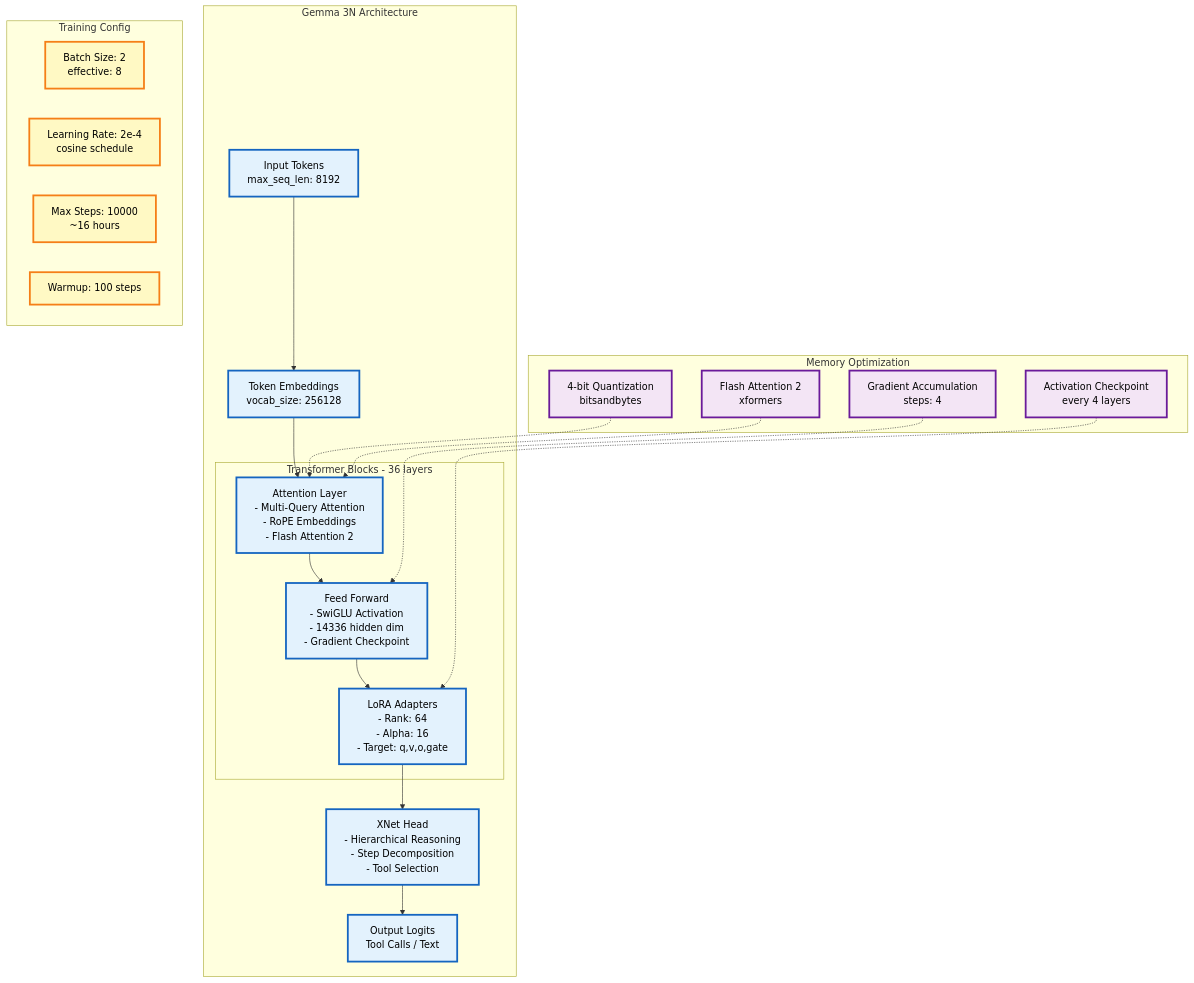
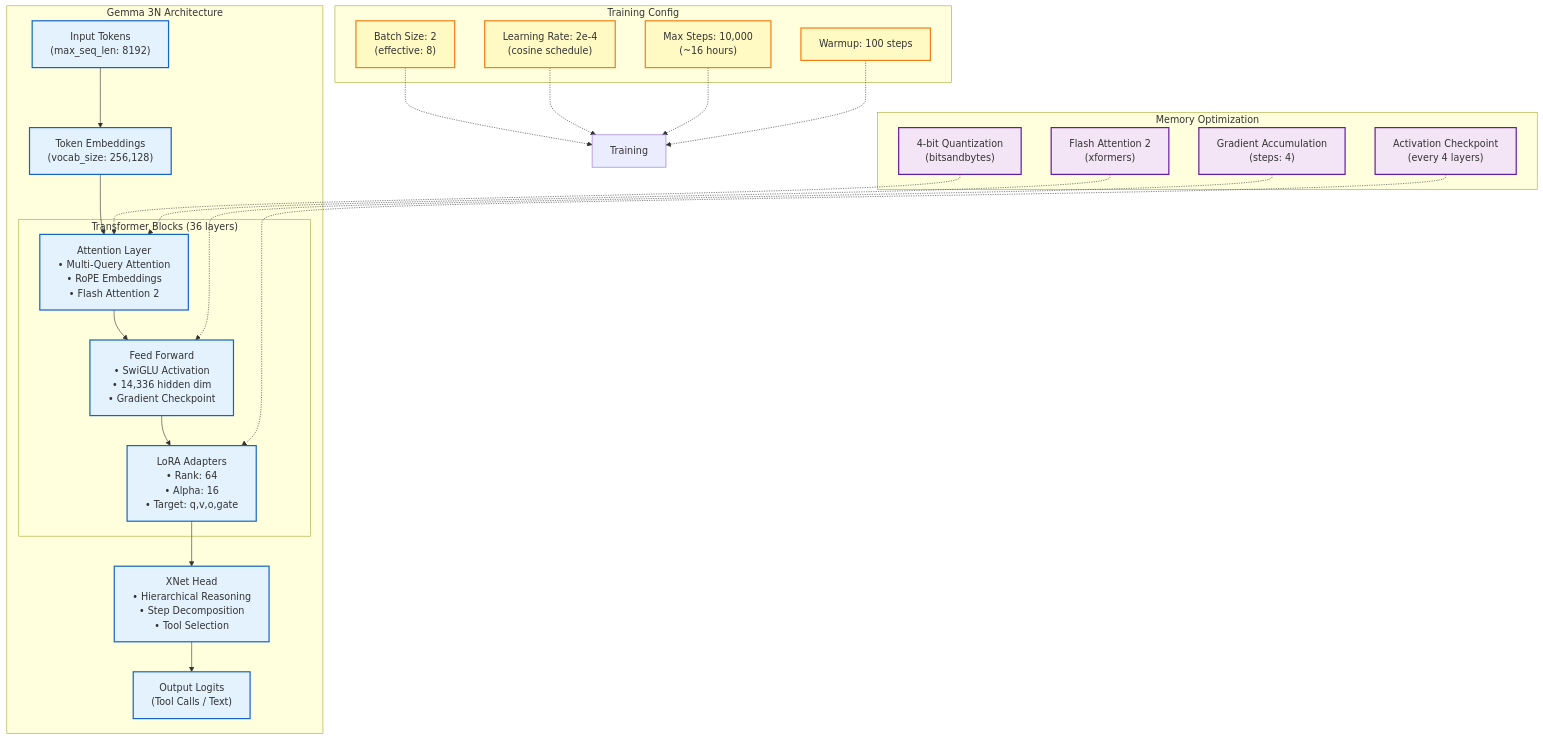
The fifth of 5 diagrams in README.md (genialo555/agent_loop), drawn with Mermaid before and after one commit. The commit also changed other lines of this file and 249 other files, not shown here.

````diff
--- a/README.md
+++ b/README.md
@@ -449,50 +548,55 @@
 ```mermaid
 graph TB
-    subgraph ARCH["Gemma 3N Architecture"]
-        INPUT["Input Tokens<br/>max_seq_len: 8192"]
-        EMB["Token Embeddings<br/>vocab_size: 256128"]
+    subgraph "Gemma 3N Architecture"
+        INPUT["Input Tokens<br/>(max_seq_len: 8192)"]
+        EMB["Token Embeddings<br/>(vocab_size: 256,128)"]
         
-        subgraph TRANSFORMER["Transformer Blocks - 36 layers"]
-            ATT["Attention Layer<br/>- Multi-Query Attention<br/>- RoPE Embeddings<br/>- Flash Attention 2"]
-            FFN["Feed Forward<br/>- SwiGLU Activation<br/>- 14336 hidden dim<br/>- Gradient Checkpoint"]
-            LORA["LoRA Adapters<br/>- Rank: 64<br/>- Alpha: 16<br/>- Target: q,v,o,gate"]
+        subgraph "Transformer Blocks (36 layers)"
+            ATT["Attention Layer<br/>• Multi-Query Attention<br/>• RoPE Embeddings<br/>• Flash Attention 2"]
+            FFN["Feed Forward<br/>• SwiGLU Activation<br/>• 14,336 hidden dim<br/>• Gradient Checkpoint"]
+            LORA["LoRA Adapters<br/>• Rank: 64<br/>• Alpha: 16<br/>• Target: q,v,o,gate"]
         end
         
-        XNET["XNet Head<br/>- Hierarchical Reasoning<br/>- Step Decomposition<br/>- Tool Selection"]
-        OUTPUT["Output Logits<br/>Tool Calls / Text"]
+        XNET["XNet Head<br/>• Hierarchical Reasoning<br/>• Step Decomposition<br/>• Tool Selection"]
+        OUTPUT["Output Logits<br/>(Tool Calls / Text)"]
     end
     
-    subgraph OPT["Memory Optimization"]
-        OPT1["4-bit Quantization<br/>bitsandbytes"]
-        OPT2["Gradient Accumulation<br/>steps: 4"]
-        OPT3["Activation Checkpoint<br/>every 4 layers"]
-        OPT4["Flash Attention 2<br/>xformers"]
+    subgraph "Memory Optimization"
+        OPT1["4-bit Quantization<br/>(bitsandbytes)"]
+        OPT2["Gradient Accumulation<br/>(steps: 4)"]
+        OPT3["Activation Checkpoint<br/>(every 4 layers)"]
+        OPT4["Flash Attention 2<br/>(xformers)"]
     end
     
-    subgraph CONFIG["Training Config"]
-        CONF1["Batch Size: 2<br/>effective: 8"]
-        CONF2["Learning Rate: 2e-4<br/>cosine schedule"]
-        CONF3["Max Steps: 10000<br/>~16 hours"]
+    subgraph "Training Config"
+        CONF1["Batch Size: 2<br/>(effective: 8)"]
+        CONF2["Learning Rate: 2e-4<br/>(cosine schedule)"]
+        CONF3["Max Steps: 10,000<br/>(~16 hours)"]
         CONF4["Warmup: 100 steps"]
     end
     
     INPUT --> EMB
     EMB --> ATT
     ATT --> FFN
     FFN --> LORA
     LORA --> XNET
     XNET --> OUTPUT
     
     OPT1 -.-> ATT
     OPT2 -.-> FFN
     OPT3 -.-> LORA
     OPT4 -.-> ATT
     
-    classDef arch fill:#e3f2fd,stroke:#1565c0,stroke-width:3px,color:#000
-    classDef opt fill:#f3e5f5,stroke:#6a1b9a,stroke-width:3px,color:#000
-    classDef conf fill:#fff9c4,stroke:#f57f17,stroke-width:3px,color:#000
+    CONF1 -.-> Training
+    CONF2 -.-> Training
+    CONF3 -.-> Training
+    CONF4 -.-> Training
+    
+    classDef arch fill:#e3f2fd,stroke:#1565c0,stroke-width:2px
+    classDef opt fill:#f3e5f5,stroke:#6a1b9a,stroke-width:2px
+    classDef conf fill:#fff9c4,stroke:#f57f17,stroke-width:2px
     
     class INPUT,EMB,ATT,FFN,LORA,XNET,OUTPUT arch
     class OPT1,OPT2,OPT3,OPT4 opt
     class CONF1,CONF2,CONF3,CONF4 conf
 ```
````
